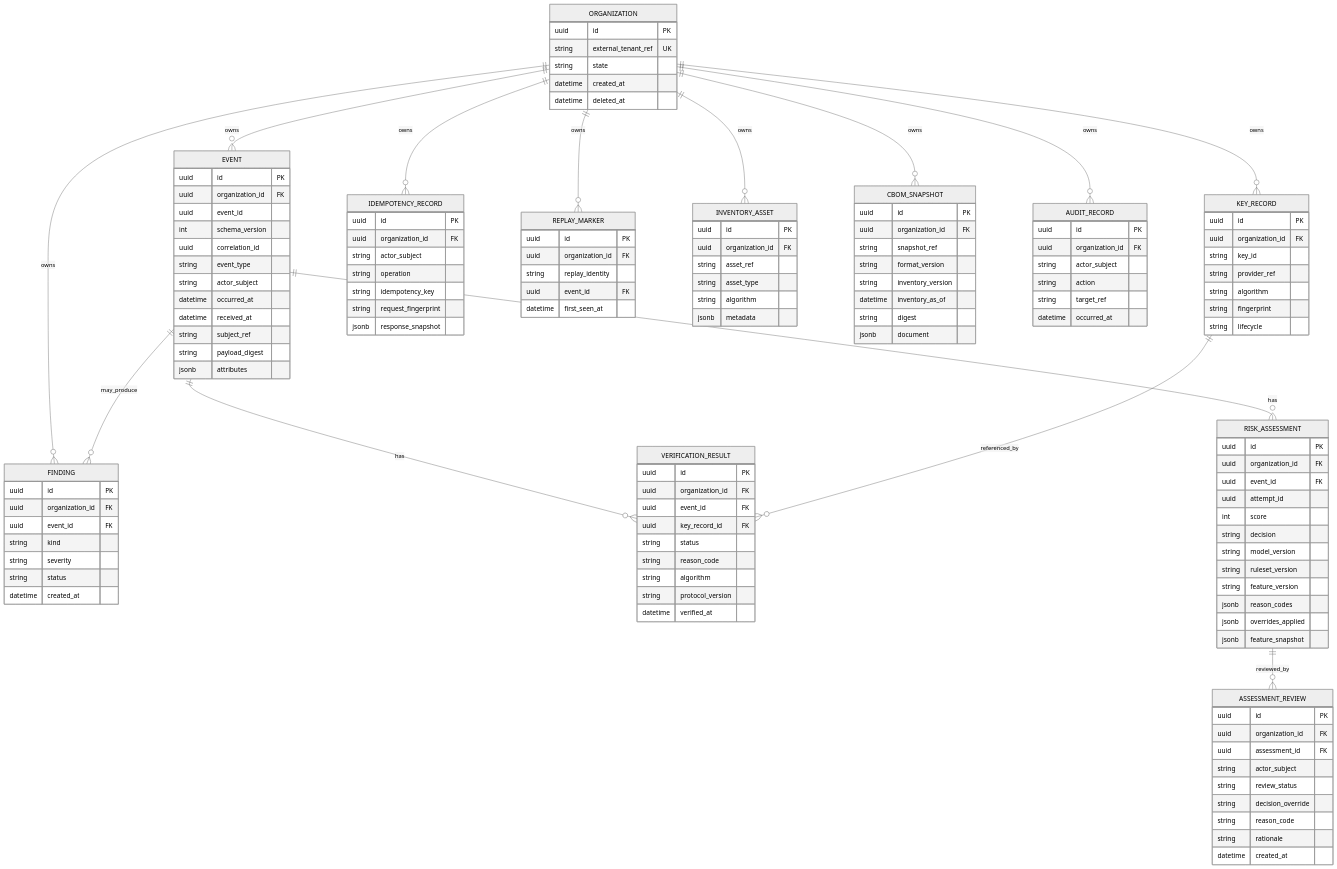
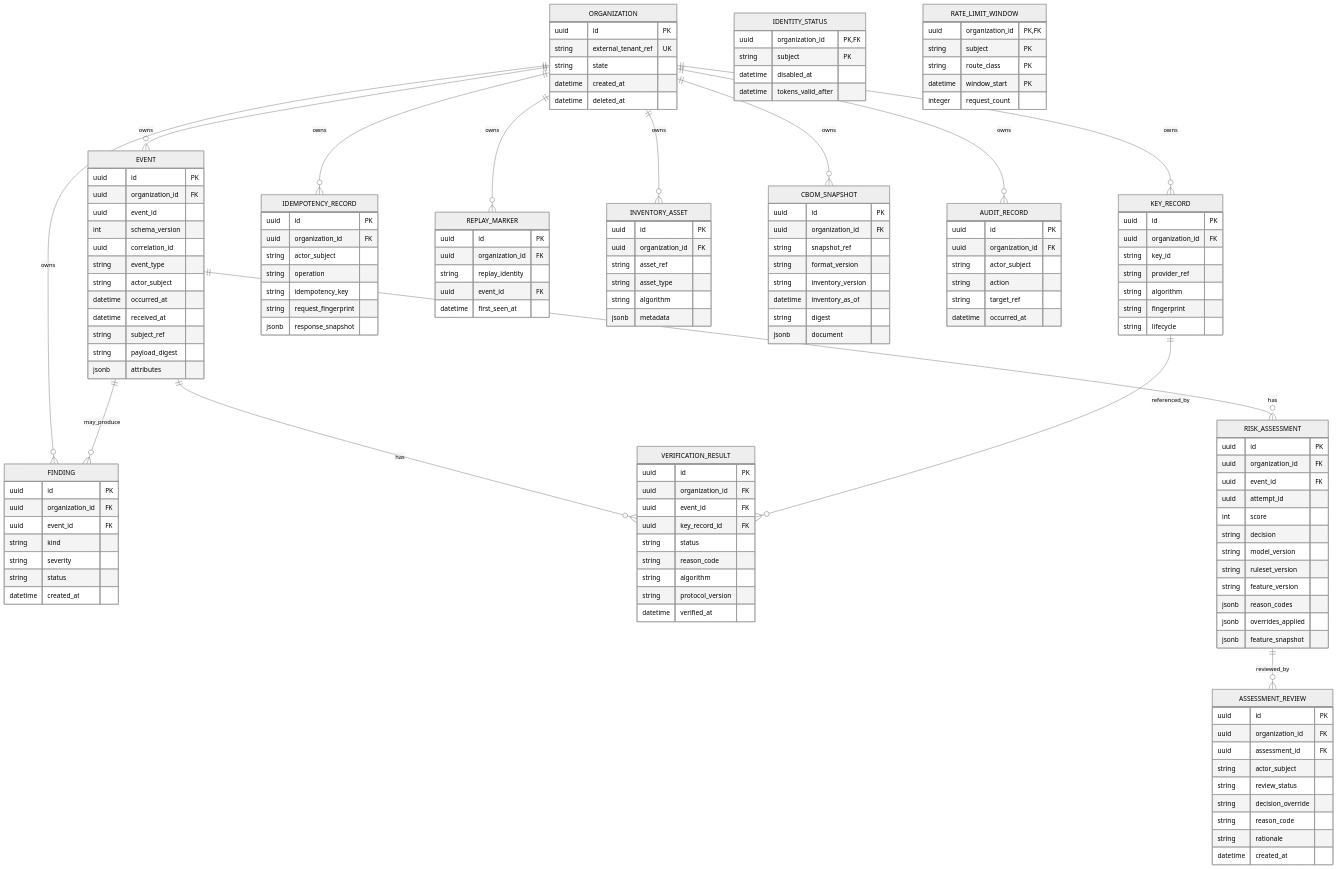
One commit to bidanivirang12/Qubrix changed the diagram in docs/data-model.md. Above: the diagram before and after it, drawn with Mermaid (neutral theme). The commit also changed other lines of this file and 29 other files, not shown here.

````diff
--- a/docs/data-model.md
+++ b/docs/data-model.md
@@ -137,4 +137,17 @@
         string target_ref
         datetime occurred_at
     }
+    IDENTITY_STATUS {
+        uuid organization_id PK,FK
+        string subject PK
+        datetime disabled_at
+        datetime tokens_valid_after
+    }
+    RATE_LIMIT_WINDOW {
+        uuid organization_id PK,FK
+        string subject PK
+        string route_class PK
+        datetime window_start PK
+        integer request_count
+    }
 ```
````
